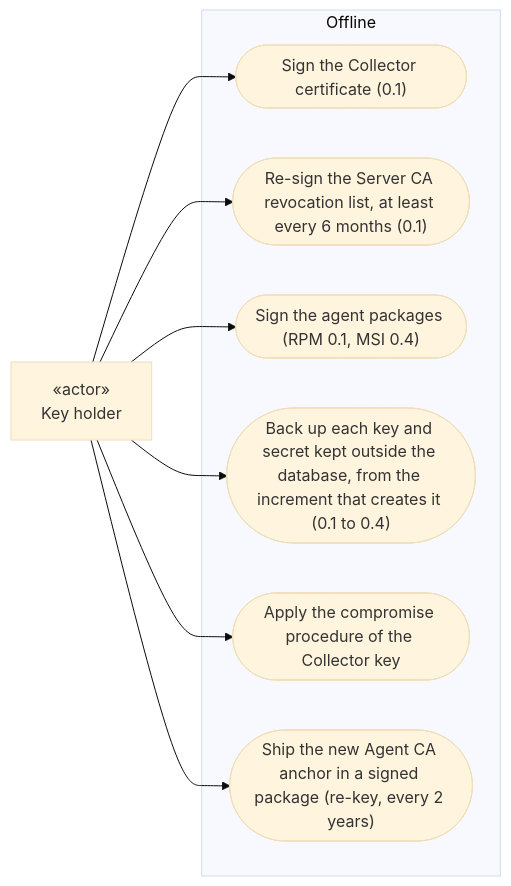
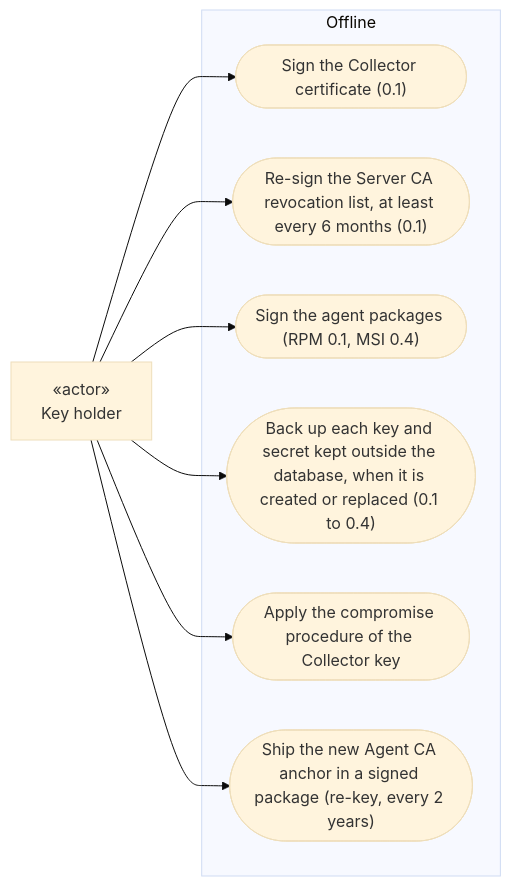
Before and after one commit to micdef/Dashboard: the fourth of 6 diagrams in doc/analyse/uml/v1/use-cases.md, drawn with Mermaid (base theme). The commit also changed other lines of this file and 12 other files, not shown here.

````diff
--- a/doc/analyse/uml/v1/use-cases.md
+++ b/doc/analyse/uml/v1/use-cases.md
@@ -162,20 +170,20 @@
 ```mermaid
 flowchart LR
     KeyHolder["«actor»<br/>Key holder"]
 
     subgraph Offline ["Offline"]
         SignServer(["Sign the Collector certificate (0.1)"])
         SignCrl(["Re-sign the Server CA revocation list, at least every 6 months (0.1)"])
         SignPackages(["Sign the agent packages (RPM 0.1, MSI 0.4)"])
-        BackupKeys(["Back up each key and secret kept outside the database, from the increment that creates it (0.1 to 0.4)"])
+        BackupKeys(["Back up each key and secret kept outside the database, when it is created or replaced (0.1 to 0.4)"])
         Compromise(["Apply the compromise procedure of the Collector key"])
         Rekey(["Ship the new Agent CA anchor in a signed package (re-key, every 2 years)"])
     end
 
     KeyHolder --> SignServer
     KeyHolder --> SignCrl
     KeyHolder --> SignPackages
     KeyHolder --> BackupKeys
     KeyHolder --> Compromise
     KeyHolder --> Rekey
 ```
````
